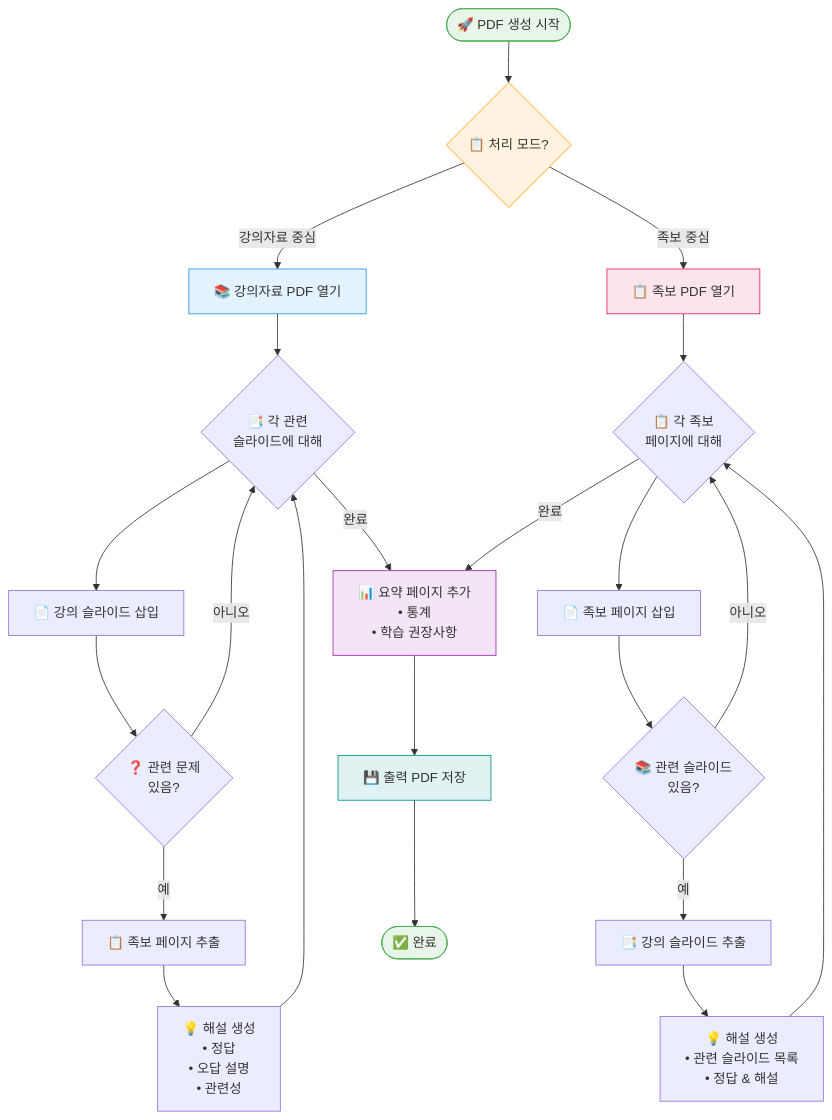
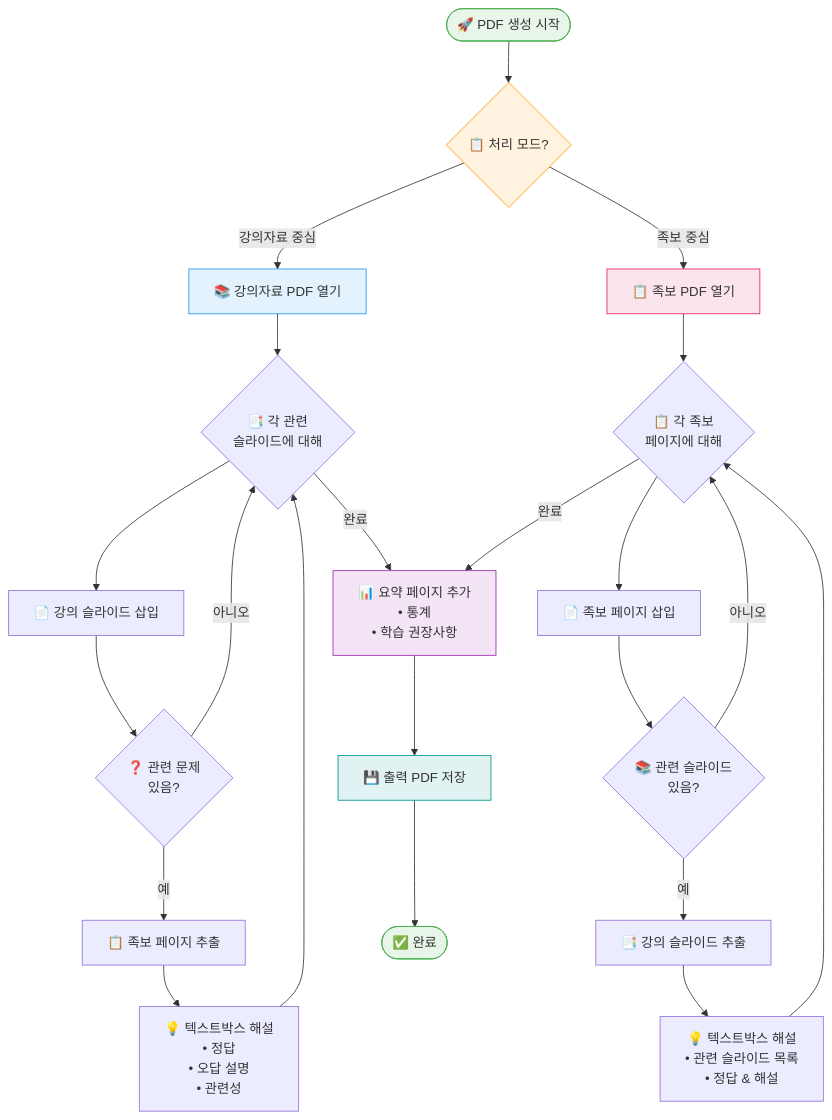
The fourth of 4 diagrams in architecture.md (ksw6895/jokbodude), drawn with Mermaid before and after one commit. The commit also changed other lines of this file and 4 other files, not shown here.

````diff
--- a/architecture.md
+++ b/architecture.md
@@ -164,39 +164,39 @@
 ```mermaid
 flowchart TD
     Start(["🚀 PDF 생성 시작"]) --> Mode{"📋 처리 모드?"}
     
     Mode -->|"강의자료 중심"| LC["📚 강의자료 PDF 열기"]
     Mode -->|"족보 중심"| JC["📋 족보 PDF 열기"]
     
     %% 강의자료 중심 흐름
     LC --> LC1{"📑 각 관련<br/>슬라이드에 대해"}
     LC1 --> LC2["📄 강의 슬라이드 삽입"]
     LC2 --> LC3{"❓ 관련 문제<br/>있음?"}
     LC3 -->|"예"| LC4["📋 족보 페이지 추출"]
     LC3 -->|"아니오"| LC1
-    LC4 --> LC5["💡 해설 생성<br/>• 정답<br/>• 오답 설명<br/>• 관련성"]
+    LC4 --> LC5["💡 텍스트박스 해설<br/>• 정답<br/>• 오답 설명<br/>• 관련성"]
     LC5 --> LC1
     
     %% 족보 중심 흐름
     JC --> JC1{"📋 각 족보<br/>페이지에 대해"}
     JC1 --> JC2["📄 족보 페이지 삽입"]
     JC2 --> JC3{"📚 관련 슬라이드<br/>있음?"}
     JC3 -->|"예"| JC4["📑 강의 슬라이드 추출"]
     JC3 -->|"아니오"| JC1
-    JC4 --> JC5["💡 해설 생성<br/>• 관련 슬라이드 목록<br/>• 정답 & 해설"]
+    JC4 --> JC5["💡 텍스트박스 해설<br/>• 관련 슬라이드 목록<br/>• 정답 & 해설"]
     JC5 --> JC1
     
     %% 공통 끝
     LC1 -->|"완료"| Summary["📊 요약 페이지 추가<br/>• 통계<br/>• 학습 권장사항"]
     JC1 -->|"완료"| Summary
     Summary --> Save["💾 출력 PDF 저장"]
     Save --> End(["✅ 완료"])
     
     style Start fill:#e8f5e9,stroke:#4caf50
     style End fill:#e8f5e9,stroke:#4caf50
     style Mode fill:#fff3e0,stroke:#ff9800
     style LC fill:#e3f2fd,stroke:#2196f3
     style JC fill:#fce4ec,stroke:#e91e63
     style Summary fill:#f3e5f5,stroke:#9c27b0
     style Save fill:#e0f2f1,stroke:#009688
 ```
````
